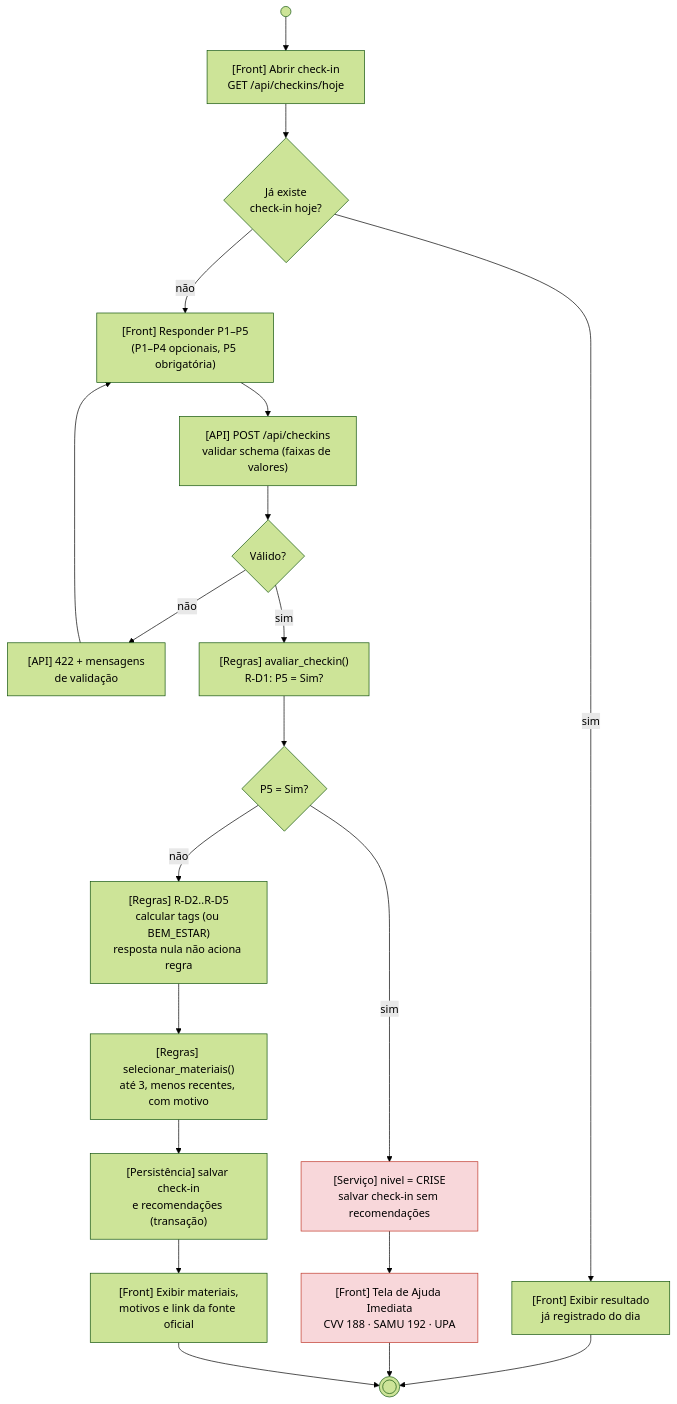
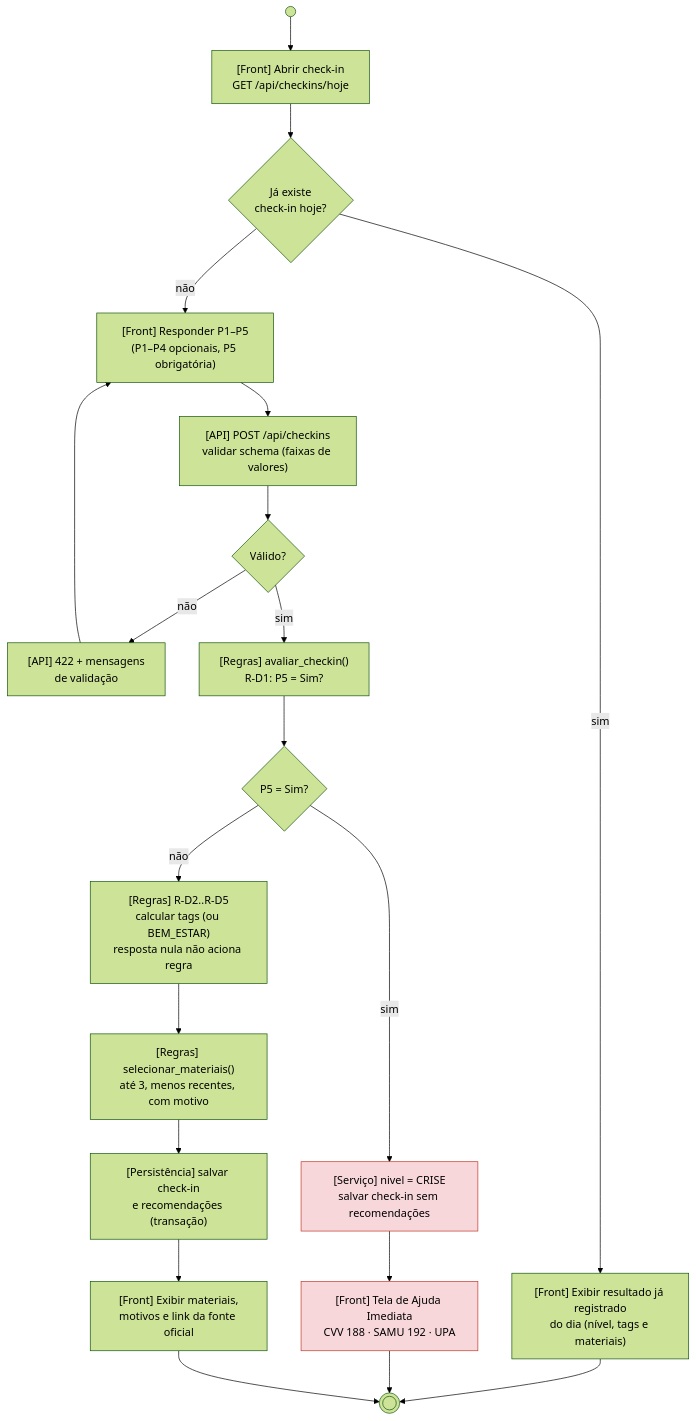
One commit to FGA0138-MDS-Ajax/2026.2-T03-Lamport changed the third of 8 diagrams in docs/arquitetura.md. Above: the diagram before and after it, drawn with Mermaid (forest theme). The commit also changed other lines of this file and 4 other files, not shown here.

````diff
--- a/docs/arquitetura.md
+++ b/docs/arquitetura.md
@@ -153,24 +154,24 @@
 ```mermaid
 flowchart TB
     I((" ")) --> A1["[Front] Abrir check-in<br/>GET /api/checkins/hoje"]
     A1 --> D1{"Já existe<br/>check-in hoje?"}
-    D1 -- sim --> A2["[Front] Exibir resultado<br/>já registrado do dia"]
+    D1 -- sim --> A2["[Front] Exibir resultado já registrado<br/>do dia (nível, tags e materiais)"]
     D1 -- não --> A3["[Front] Responder P1–P5<br/>(P1–P4 opcionais, P5 obrigatória)"]
     A3 --> A4["[API] POST /api/checkins<br/>validar schema (faixas de valores)"]
     A4 --> D2{"Válido?"}
     D2 -- não --> A5["[API] 422 + mensagens<br/>de validação"]
     A5 --> A3
     D2 -- sim --> A6["[Regras] avaliar_checkin()<br/>R-D1: P5 = Sim?"]
     A6 --> D3{"P5 = Sim?"}
     D3 -- sim --> A7["[Serviço] nivel = CRISE<br/>salvar check-in sem recomendações"]
     A7 --> A8["[Front] Tela de Ajuda Imediata<br/>CVV 188 · SAMU 192 · UPA"]
     D3 -- não --> A9["[Regras] R-D2..R-D5<br/>calcular tags (ou BEM_ESTAR)<br/>resposta nula não aciona regra"]
     A9 --> A10["[Regras] selecionar_materiais()<br/>até 3, menos recentes, com motivo"]
     A10 --> A11["[Persistência] salvar check-in<br/>e recomendações (transação)"]
     A11 --> A13["[Front] Exibir materiais,<br/>motivos e link da fonte oficial"]
     A2 --> F(((" ")))
     A8 --> F
     A13 --> F
     style A7 fill:#f8d7da,stroke:#c0392b
     style A8 fill:#f8d7da,stroke:#c0392b
 ```
````
